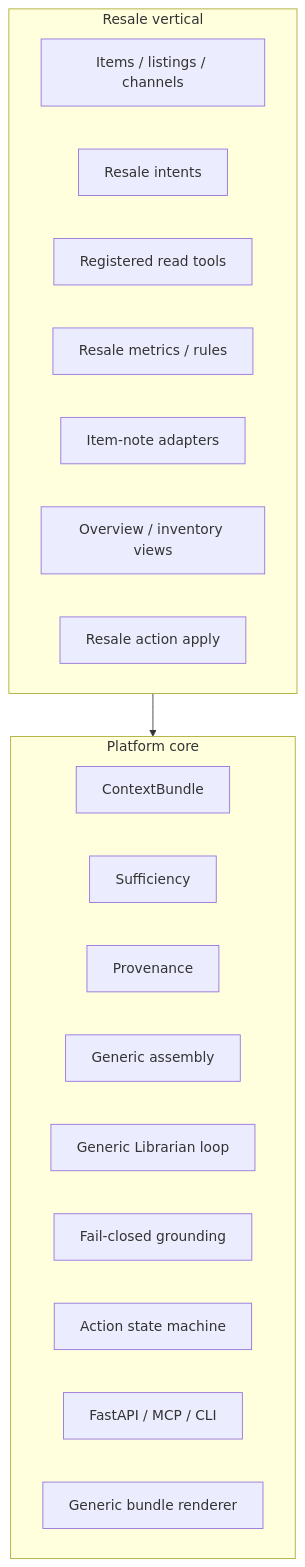
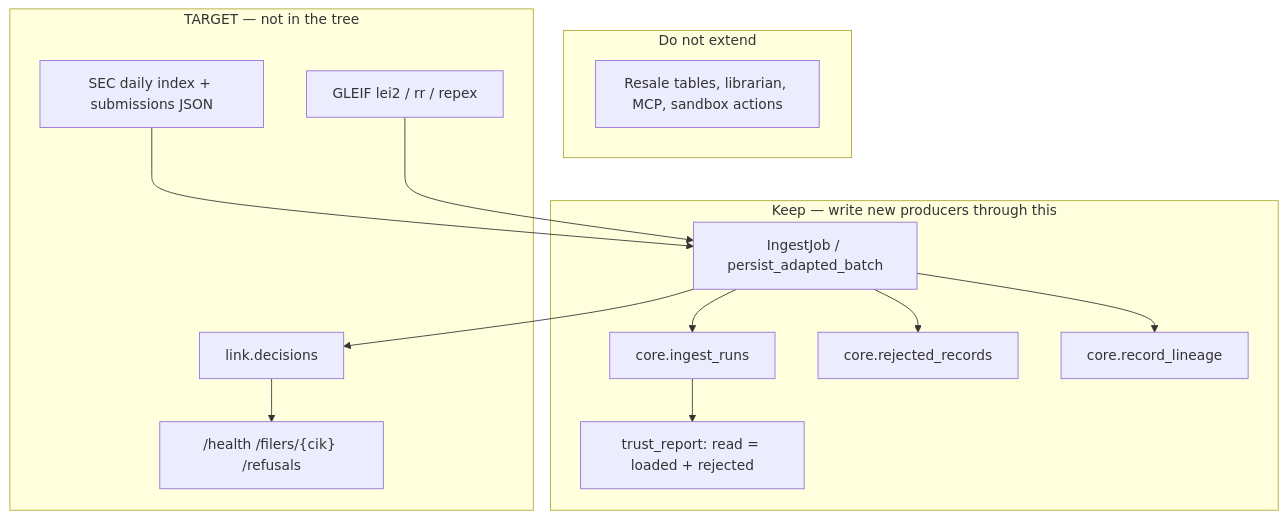
One commit to sebmvp/commerce-data-platform changed the diagram in ARCHITECTURE.md. Above: the diagram before and after it, drawn with Mermaid. The commit also changed other lines of this file and 10 other files, not shown here.

First line of the commit message:
docs: retarget the repo at an SEC–GLEIF link

````diff
--- a/ARCHITECTURE.md
+++ b/ARCHITECTURE.md
@@ -65,24 +11,29 @@
 ```mermaid
 flowchart TB
-  subgraph core [Platform core]
-    bundle[ContextBundle]
-    suff[Sufficiency]
-    prov[Provenance]
-    assemble[Generic assembly]
-    librarianCore[Generic Librarian loop]
-    ground[Fail-closed grounding]
-    actions[Action state machine]
-    ifaces[FastAPI / MCP / CLI]
-    inspector[Generic bundle renderer]
+  subgraph keep [Keep — write new producers through this]
+    job[IngestJob / persist_adapted_batch]
+    audit[core.ingest_runs]
+    quarantine[core.rejected_records]
+    lineage[core.record_lineage]
+    trust[trust_report: read = loaded + rejected]
+    job --> audit
+    job --> quarantine
+    job --> lineage
+    audit --> trust
   end
-  subgraph resale [Resale vertical]
-    items[Items / listings / channels]
-    intents[Resale intents]
-    tools[Registered read tools]
-    metrics[Resale metrics / rules]
-    notesAdapter[Item-note adapters]
-    views[Overview / inventory views]
-    apply[Resale action apply]
+
+  subgraph drop [Do not extend]
+    resale[Resale tables, librarian, MCP, sandbox actions]
   end
-  resale --> core
+
+  subgraph target [TARGET — not in the tree]
+    sec[SEC daily index + submissions JSON]
+    gleif[GLEIF lei2 / rr / repex]
+    link[link.decisions]
+    pages["/health /filers/{cik} /refusals"]
+    sec --> job
+    gleif --> job
+    job --> link
+    link --> pages
+  end
 ```
````
